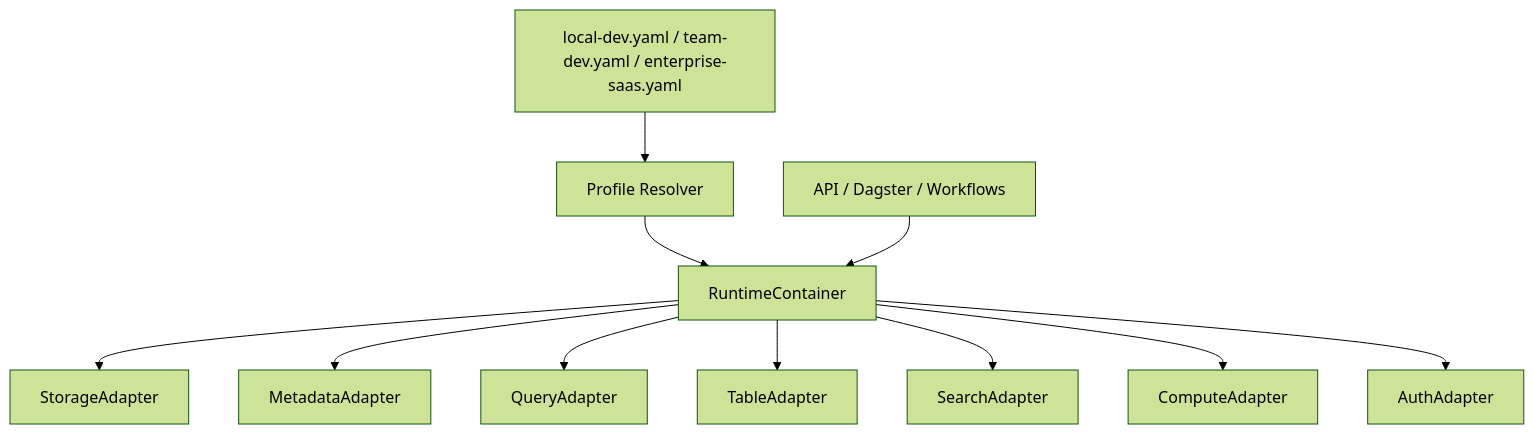
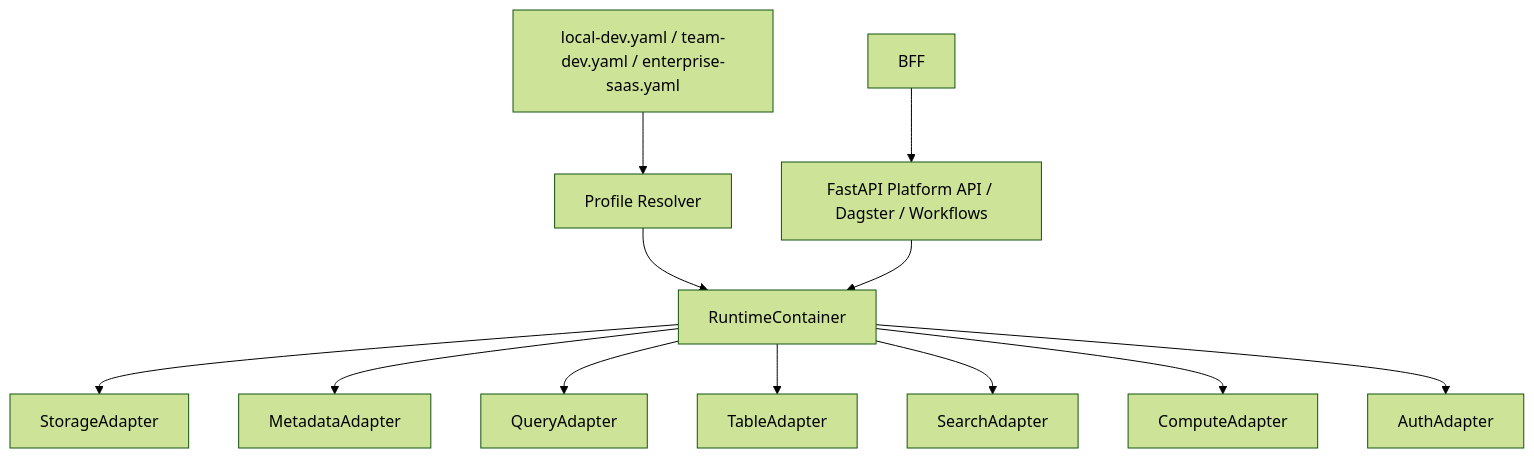
Before and after one commit to gray-cgm/ai-native-data-engine: the third of 4 diagrams in docs/architecture/mermaid-diagrams.md, drawn with Mermaid (forest theme). The commit also changed other lines of this file and 25 other files, not shown here.

````diff
--- a/docs/architecture/mermaid-diagrams.md
+++ b/docs/architecture/mermaid-diagrams.md
@@ -34,13 +36,14 @@
 ```mermaid
 flowchart TD
     A[local-dev.yaml / team-dev.yaml / enterprise-saas.yaml] --> B[Profile Resolver]
     B --> C[RuntimeContainer]
     C --> D[StorageAdapter]
     C --> E[MetadataAdapter]
     C --> F[QueryAdapter]
     C --> G[TableAdapter]
     C --> H[SearchAdapter]
     C --> I[ComputeAdapter]
     C --> J[AuthAdapter]
-    K[API / Dagster / Workflows] --> C
+    K[FastAPI Platform API / Dagster / Workflows] --> C
+    L[BFF] --> K
 ```
````
